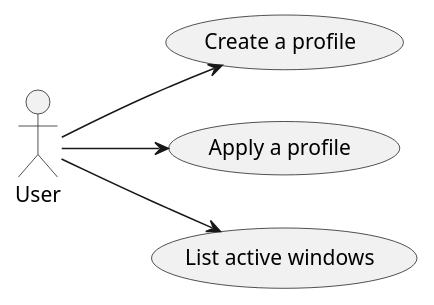
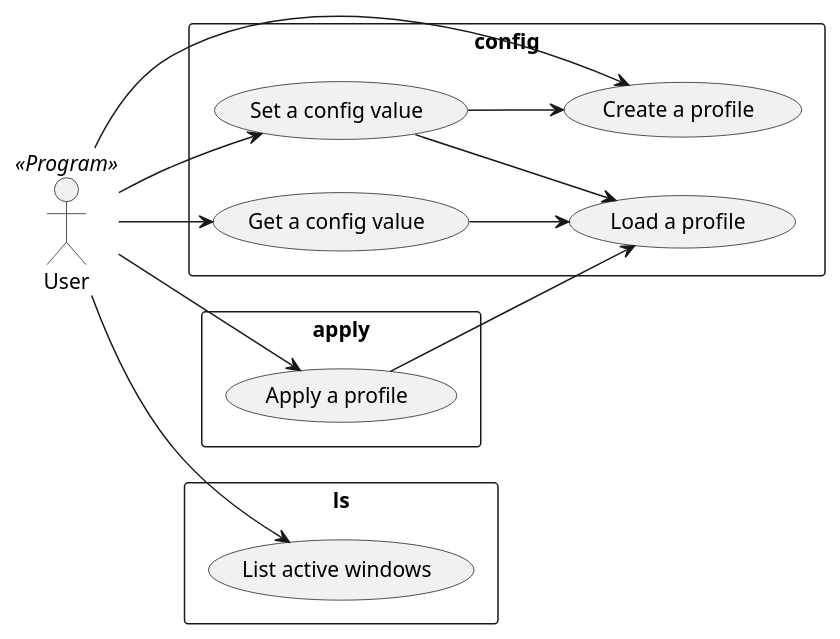
Before and after one commit to erichschroeter/wlm: the diagram in docs/design/plantuml/use_case_diagram.puml, drawn with PlantUML. The commit also changed 16 other files, not shown here.

```diff
--- a/docs/design/plantuml/use_case_diagram.puml
+++ b/docs/design/plantuml/use_case_diagram.puml
@@ -1,10 +1,33 @@
-@startuml
+@startuml Program Use Cases
 left to right direction
 
-:User:
+:User: << Program >>
 
-:User: --> (Create a profile)
-:User: --> (Apply a profile)
-:User: --> (List active windows)
+rectangle config {
+    (Create a profile) as (Create)
+    (Load a profile) as (Load)
+    (Get a config value) as (Get)
+    (Set a config value) as (Set)
+
+    :User: --> (Create)
+    :User: --> (Get)
+    :User: --> (Set)
+    (Set) --> (Create)
+    (Set) --> (Load)
+    (Get) --> (Load)
+}
+
+rectangle apply {
+    (Apply a profile) as (Apply)
+
+    :User: --> (Apply)
+    (Apply) --> (Load)
+}
+
+rectangle ls {
+    (List active windows) as (List)
+
+    :User: --> (List)
+}
 
 @enduml
```
